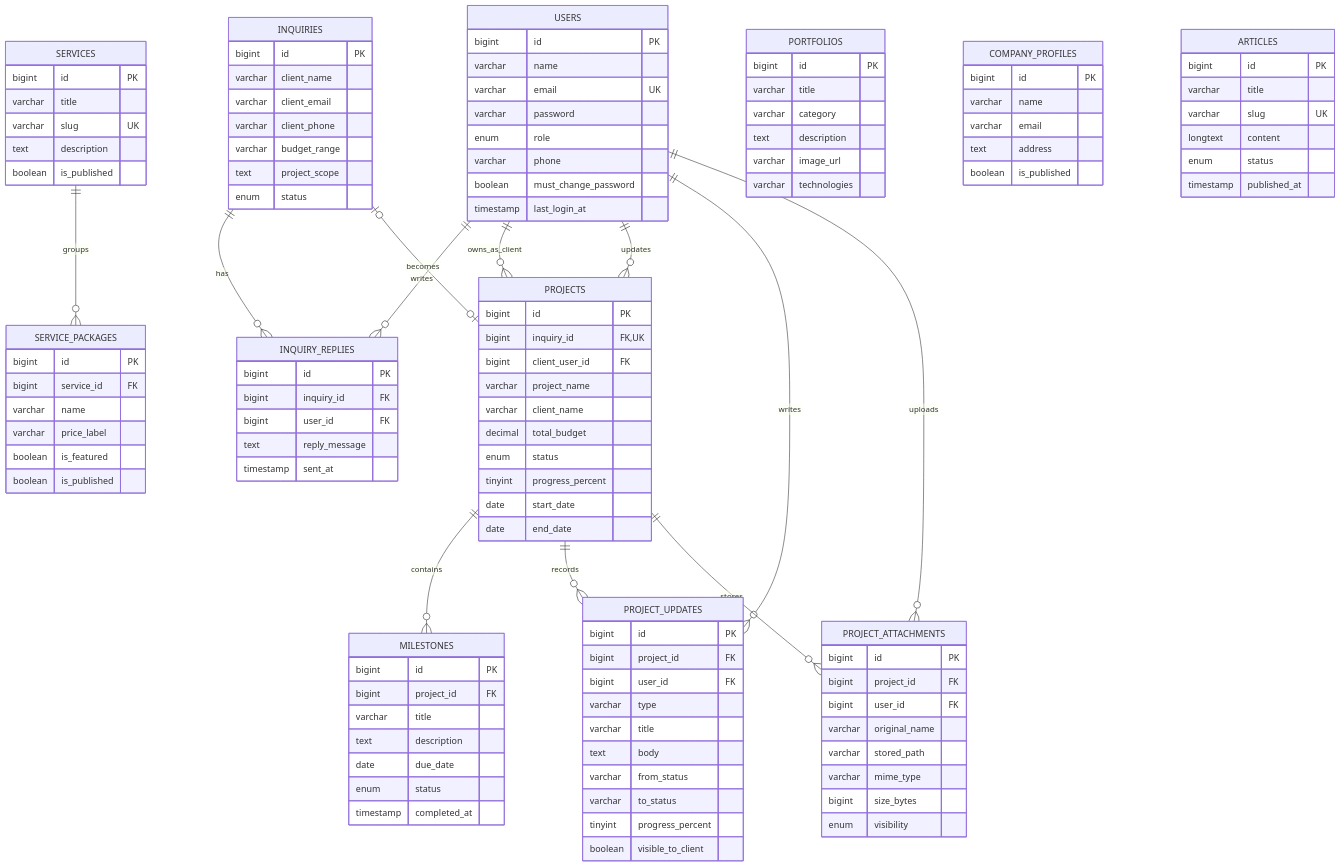
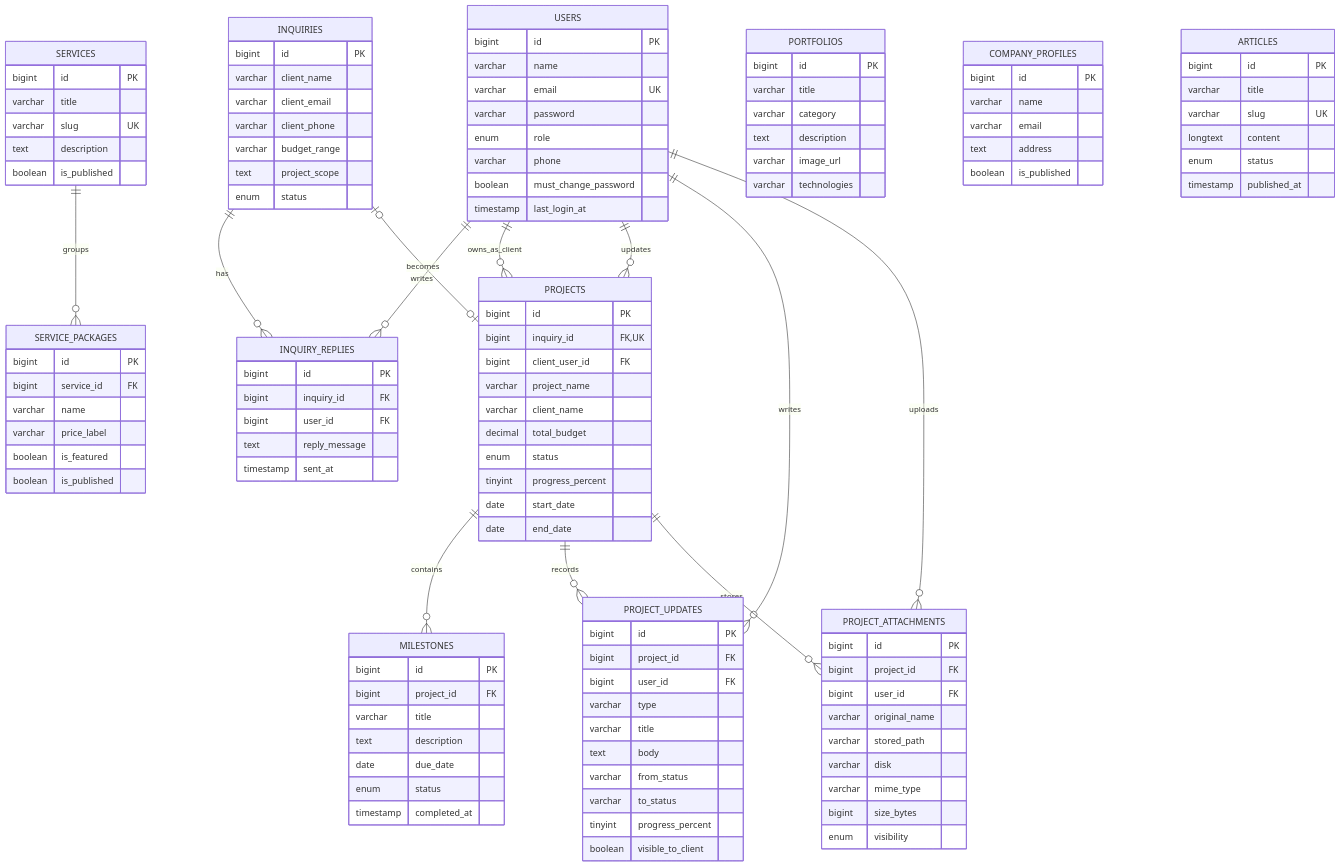
Before and after one commit to phannaphat2006/montopia: the diagram in docs/SYSTEM-ARCHITECTURE.md, drawn with Mermaid. The commit also changed other lines of this file and 10 other files, not shown here.

```diff
--- a/docs/SYSTEM-ARCHITECTURE.md
+++ b/docs/SYSTEM-ARCHITECTURE.md
@@ -122,6 +122,7 @@
         bigint user_id FK
         varchar original_name
         varchar stored_path
+        varchar disk
         varchar mime_type
         bigint size_bytes
         enum visibility
```
